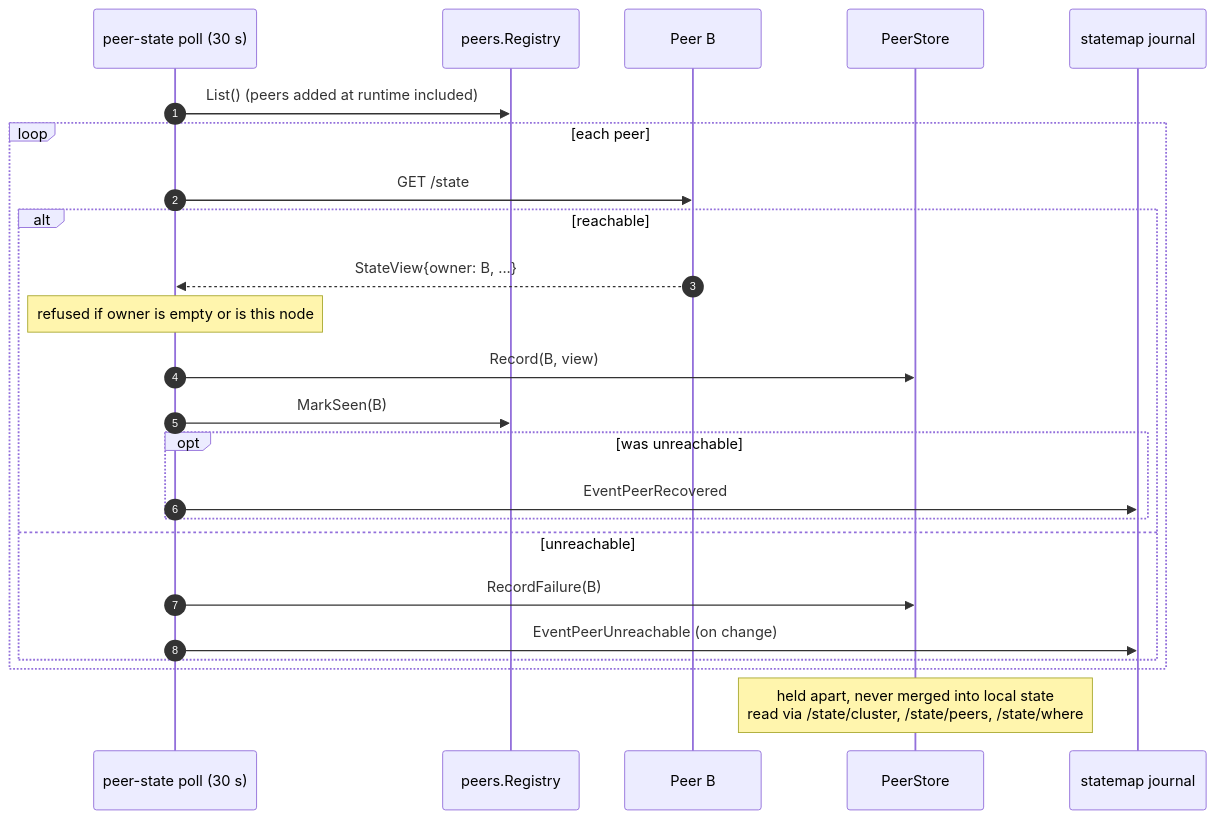
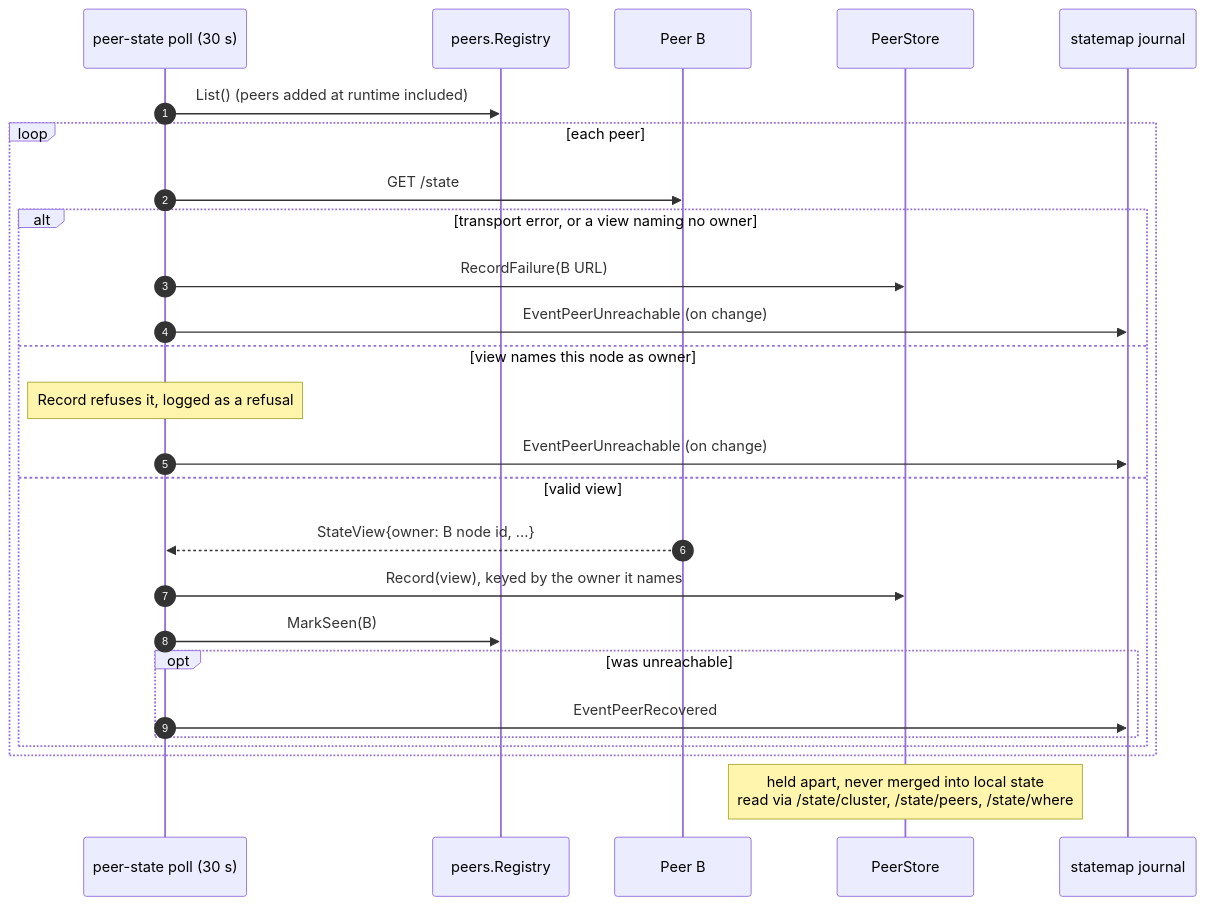
Diagram 13 of 21 in docs/architecture-diagrams.md (DiyazY/di-agent), drawn with Mermaid before and after one commit. The commit also changed other lines of this file and 10 other files, not shown here.

First line of the commit message:
docs: correct diagrams and contract counts from PR review

````diff
--- a/docs/architecture-diagrams.md
+++ b/docs/architecture-diagrams.md
@@ -434,27 +452,29 @@
 ```mermaid
 sequenceDiagram
     autonumber
     participant Pl as peer-state poll (30 s)
     participant Reg as peers.Registry
     participant B as Peer B
     participant PS as PeerStore
     participant M as statemap journal
 
     Pl->>Reg: List() (peers added at runtime included)
     loop each peer
         Pl->>B: GET /state
-        alt reachable
-            B-->>Pl: StateView{owner: B, ...}
-            Note over Pl: refused if owner is empty or is this node
-            Pl->>PS: Record(B, view)
+        alt transport error, or a view naming no owner
+            Pl->>PS: RecordFailure(B URL)
+            Pl->>M: EventPeerUnreachable (on change)
+        else view names this node as owner
+            Note over Pl: Record refuses it, logged as a refusal
+            Pl->>M: EventPeerUnreachable (on change)
+        else valid view
+            B-->>Pl: StateView{owner: B node id, ...}
+            Pl->>PS: Record(view), keyed by the owner it names
             Pl->>Reg: MarkSeen(B)
             opt was unreachable
                 Pl->>M: EventPeerRecovered
             end
-        else unreachable
-            Pl->>PS: RecordFailure(B)
-            Pl->>M: EventPeerUnreachable (on change)
         end
     end
     Note over PS: held apart, never merged into local state<br/>read via /state/cluster, /state/peers, /state/where
 ```
````
